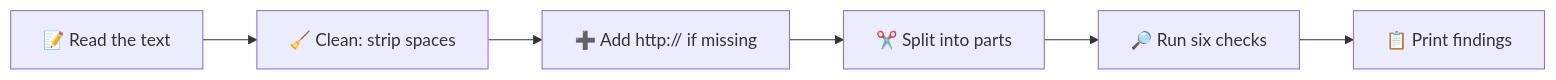
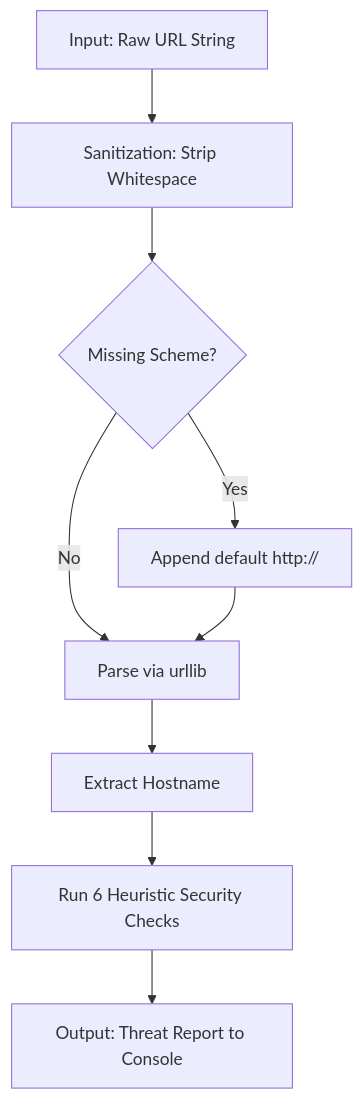
The diagram in README.md (AshQ-ghbi/Ewb_Cybersecurity_in), drawn with Mermaid before and after one commit. The commit also changed other lines of this file, not shown here.

````diff
--- a/README.md
+++ b/README.md
@@ -57,8 +63,11 @@
 ```mermaid
-flowchart LR
-    A[📝 Read the text] --> B[🧹 Clean: strip spaces]
-    B --> C[➕ Add http:// if missing]
-    C --> D[✂️ Split into parts]
-    D --> E[🔎 Run six checks]
-    E --> F[📋 Print findings]
+graph TD
+    A[Input: Raw URL String] --> B[Sanitization: Strip Whitespace]
+    B --> C{Missing Scheme?}
+    C -->|Yes| D[Append default http://]
+    C -->|No| E[Parse via urllib]
+    D --> E
+    E --> F[Extract Hostname]
+    F --> G[Run 6 Heuristic Security Checks]
+    G --> H[Output: Threat Report to Console]
 ```
````
